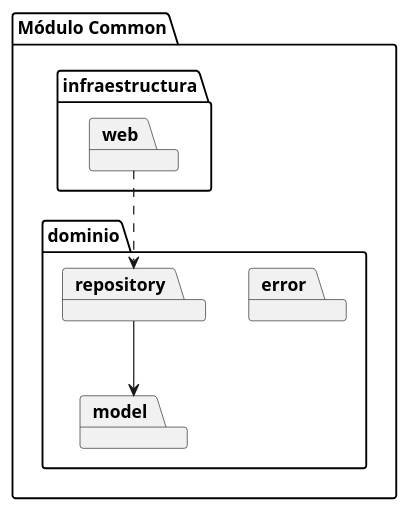
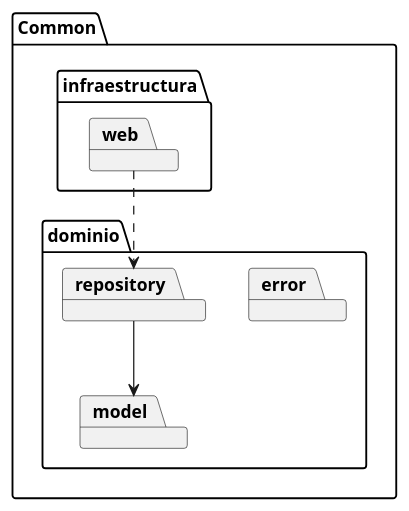
Before and after one commit to Jorgepd999/api-java-SpringBoot-Escuela-de-Futbol: the diagram in doc/arquitectura/componenteCategoria.plantuml, drawn with PlantUML. The commit also changed other lines of this file and 1 other file, not shown here.

```diff
--- a/doc/arquitectura/componenteCategoria.plantuml
+++ b/doc/arquitectura/componenteCategoria.plantuml
@@ -1,18 +1,18 @@
 @startuml
-package "Módulo Common" as Common {
+package "Common" as Common {
 
     package "dominio" as dw {
         package "error" as error
         package "model" as model
         package "repository" as repository
     }
 
     package "infraestructura" as iw{
        package "web" as web
     }
 
     web ..> repository
     repository --> model
-    
+     
 }
 @enduml
```
